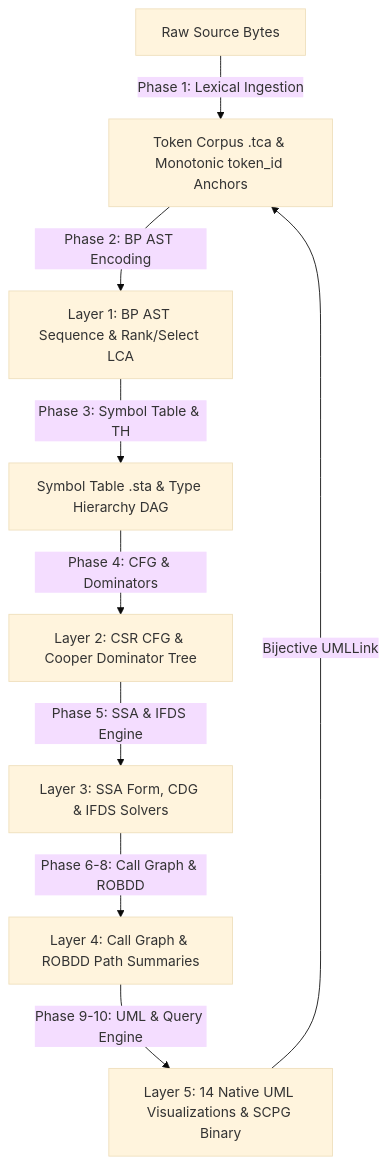
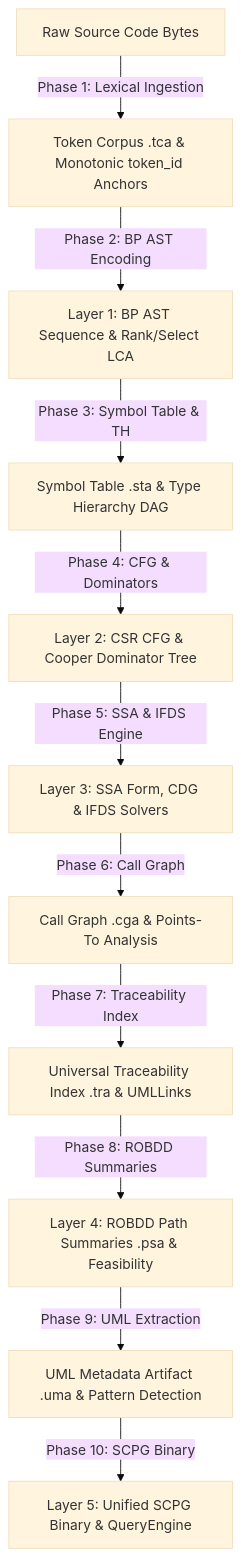
The first of 4 diagrams in docs/architecture.md (AhmadHassan-BTed/OpenHeart), drawn with Mermaid (base theme) before and after one commit. The commit also changed other lines of this file and 26 other files, not shown here.

Commit message:
refactor: restructure documentation and clean up obsolete project artifacts while integrating the new diagram generation utility

````diff
--- a/docs/architecture.md
+++ b/docs/architecture.md
@@ -11,11 +11,13 @@
 ```mermaid
 graph TD
-    A[Raw Source Bytes] -->|Phase 1: Lexical Ingestion| B[Token Corpus .tca & Monotonic token_id Anchors]
+    A[Raw Source Code Bytes] -->|Phase 1: Lexical Ingestion| B[Token Corpus .tca & Monotonic token_id Anchors]
     B -->|Phase 2: BP AST Encoding| C[Layer 1: BP AST Sequence & Rank/Select LCA]
     C -->|Phase 3: Symbol Table & TH| D[Symbol Table .sta & Type Hierarchy DAG]
     D -->|Phase 4: CFG & Dominators| E[Layer 2: CSR CFG & Cooper Dominator Tree]
     E -->|Phase 5: SSA & IFDS Engine| F[Layer 3: SSA Form, CDG & IFDS Solvers]
-    F -->|Phase 6-8: Call Graph & ROBDD| G[Layer 4: Call Graph & ROBDD Path Summaries]
-    G -->|Phase 9-10: UML & Query Engine| H[Layer 5: 14 Native UML Visualizations & SCPG Binary]
-    H -->|Bijective UMLLink| B
+    F -->|Phase 6: Call Graph| G[Call Graph .cga & Points-To Analysis]
+    G -->|Phase 7: Traceability Index| H[Universal Traceability Index .tra & UMLLinks]
+    H -->|Phase 8: ROBDD Summaries| I[Layer 4: ROBDD Path Summaries .psa & Feasibility]
+    I -->|Phase 9: UML Extraction| J[UML Metadata Artifact .uma & Pattern Detection]
+    J -->|Phase 10: SCPG Binary| K[Layer 5: Unified SCPG Binary & QueryEngine]
 ```
````
